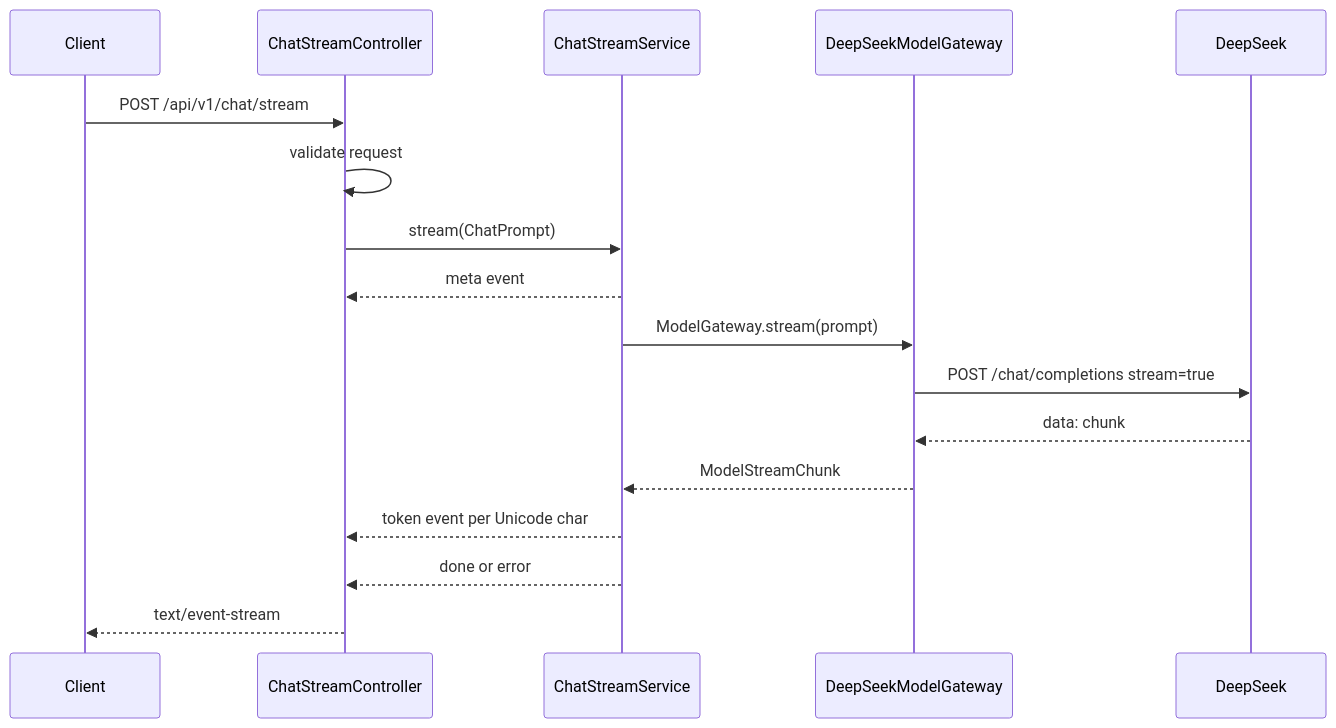
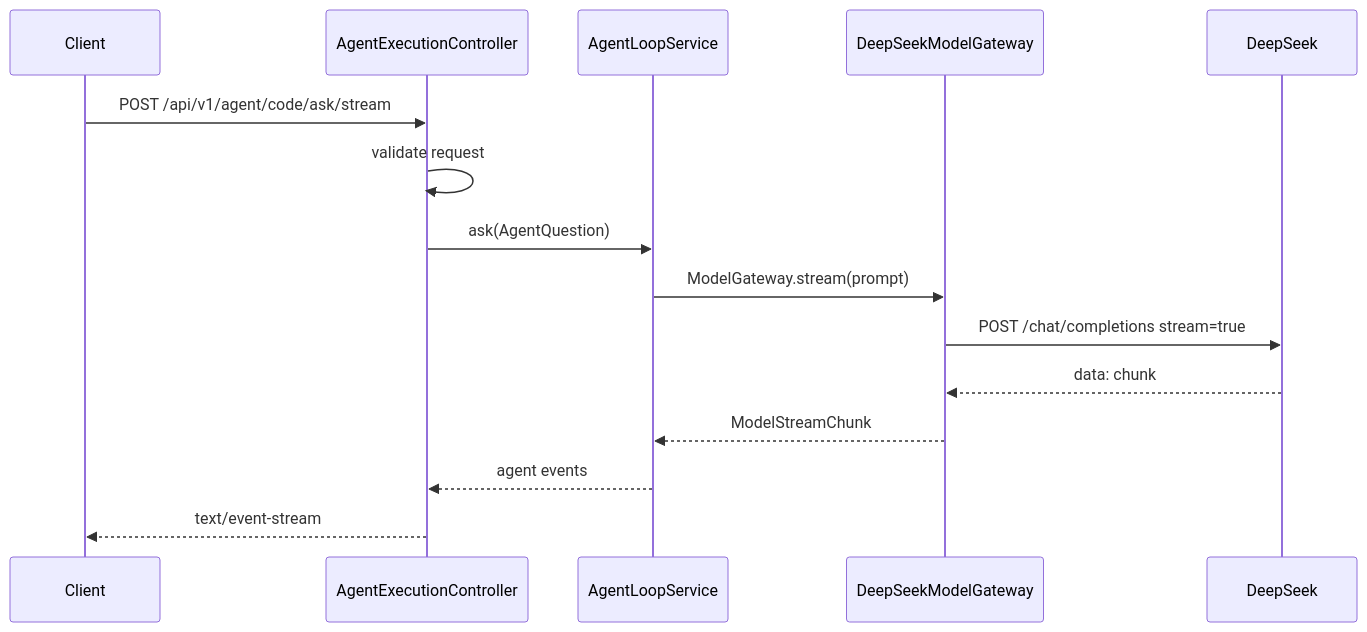
One commit to lunalhx/Loom_Agent changed the diagram in docs/design/backend-architecture.md. Above: the diagram before and after it, drawn with Mermaid. The commit also changed other lines of this file and 54 other files, not shown here.

````diff
--- a/docs/design/backend-architecture.md
+++ b/docs/design/backend-architecture.md
@@ -17,20 +17,18 @@
 ```mermaid
 sequenceDiagram
     participant Client
-    participant Controller as ChatStreamController
-    participant Service as ChatStreamService
+    participant Controller as AgentExecutionController
+    participant Service as AgentLoopService
     participant Gateway as DeepSeekModelGateway
     participant DeepSeek
 
-    Client->>Controller: POST /api/v1/chat/stream
+    Client->>Controller: POST /api/v1/agent/code/ask/stream
     Controller->>Controller: validate request
-    Controller->>Service: stream(ChatPrompt)
-    Service-->>Controller: meta event
+    Controller->>Service: ask(AgentQuestion)
     Service->>Gateway: ModelGateway.stream(prompt)
     Gateway->>DeepSeek: POST /chat/completions stream=true
     DeepSeek-->>Gateway: data: chunk
     Gateway-->>Service: ModelStreamChunk
-    Service-->>Controller: token event per Unicode char
-    Service-->>Controller: done or error
+    Service-->>Controller: agent events
     Controller-->>Client: text/event-stream
 ```
````
